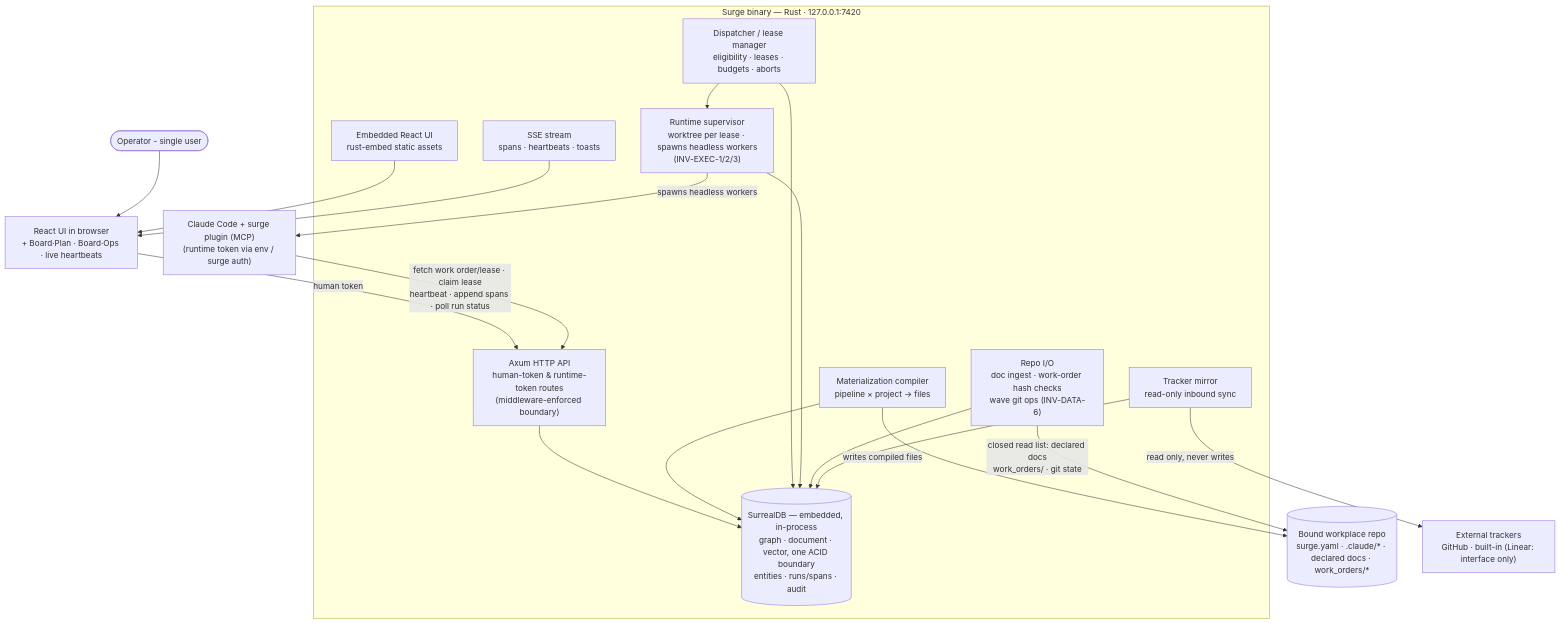
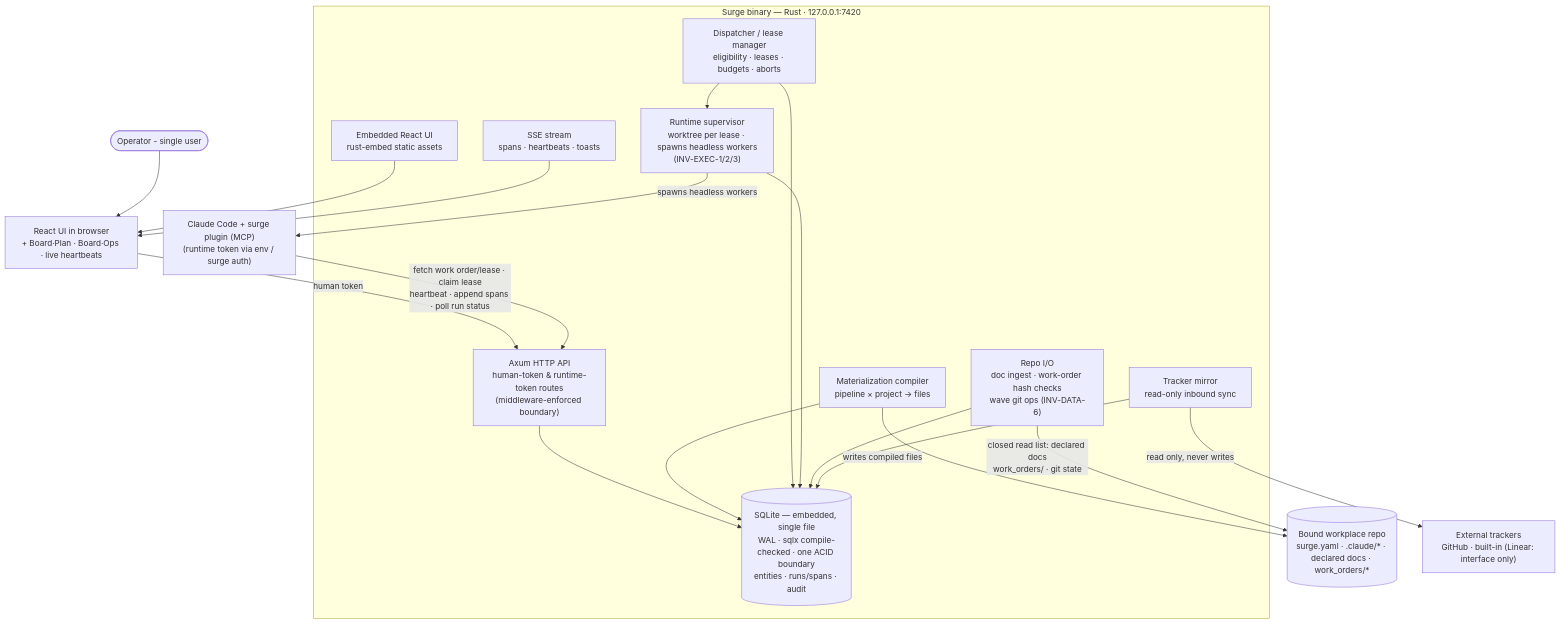
One commit to traitbound/surge changed the diagram in docs/phases/phase-2/phase.md. Above: the diagram before and after it, drawn with Mermaid. The commit also changed other lines of this file and 3 other files, not shown here.

````diff
--- a/docs/phases/phase-2/phase.md
+++ b/docs/phases/phase-2/phase.md
@@ -53,38 +53,38 @@
 ```mermaid
 graph TB
     operator([Operator - single user])
 
     subgraph binary["Surge binary — Rust · 127.0.0.1:7420"]
         api["Axum HTTP API<br/>human-token & runtime-token routes<br/>(middleware-enforced boundary)"]
-        db[("SurrealDB — embedded, in-process<br/>graph · document · vector, one ACID boundary<br/>entities · runs/spans · audit")]
+        db[("SQLite — embedded, single file<br/>WAL · sqlx compile-checked · one ACID boundary<br/>entities · runs/spans · audit")]
         compiler["Materialization compiler<br/>pipeline × project → files"]
         dispatcher["Dispatcher / lease manager<br/>eligibility · leases · budgets · aborts"]
         supervisor["Runtime supervisor<br/>worktree per lease · spawns headless workers<br/>(INV-EXEC-1/2/3)"]
         repoio["Repo I/O<br/>doc ingest · work-order hash checks<br/>wave git ops (INV-DATA-6)"]
         mirror["Tracker mirror<br/>read-only inbound sync"]
         sse["SSE stream<br/>spans · heartbeats · toasts"]
         ui_assets["Embedded React UI<br/>rust-embed static assets"]
     end
 
     browser["React UI in browser<br/>+ Board·Plan · Board·Ops · live heartbeats"]
     runtime["Claude Code + surge plugin (MCP)<br/>(runtime token via env / surge auth)"]
     repo[("Bound workplace repo<br/>surge.yaml · .claude/* · declared docs · work_orders/*")]
     tracker["External trackers<br/>GitHub · built-in (Linear: interface only)"]
 
     operator --> browser
     browser -->|"human token"| api
     ui_assets --> browser
     sse --> browser
     dispatcher --> supervisor
     supervisor -->|"spawns headless workers"| runtime
     runtime -->|"fetch work order/lease · claim lease<br/>heartbeat · append spans · poll run status"| api
     api --> db
     compiler --> db
     dispatcher --> db
     supervisor --> db
     repoio --> db
     mirror --> db
     compiler -->|"writes compiled files"| repo
     repoio -->|"closed read list: declared docs<br/>work_orders/ · git state"| repo
     mirror -->|"read only, never writes"| tracker
 ```
````
